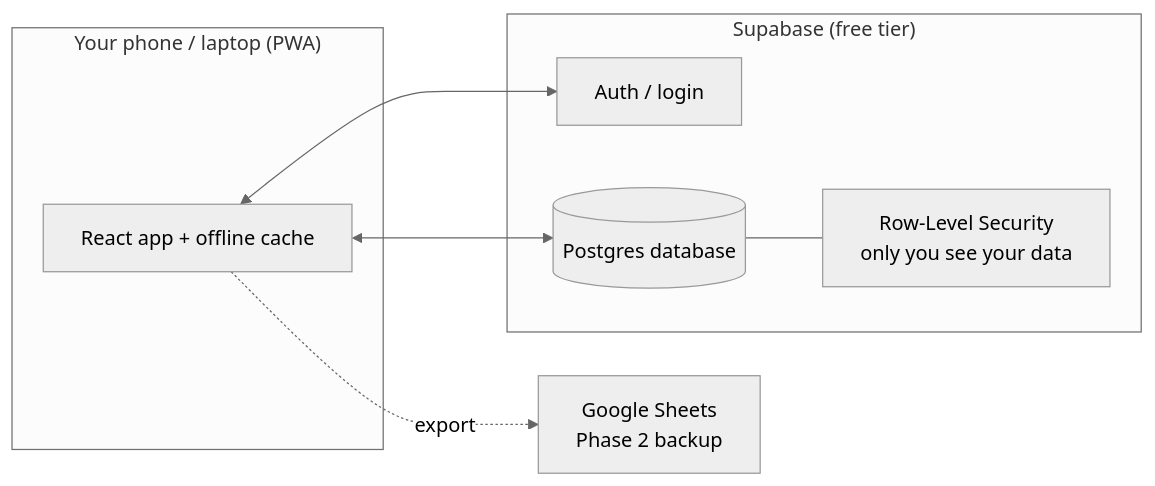
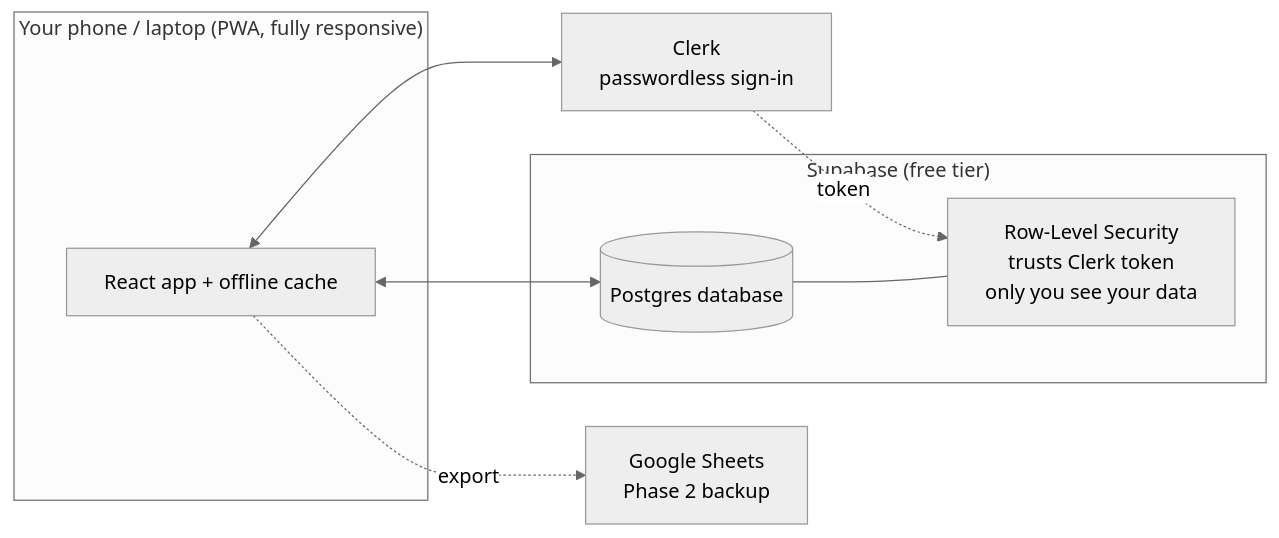
One commit to cleverNathalia/budget-buddy changed the second of 2 diagrams in PROJECT_PLAN.md. Above: the diagram before and after it, drawn with Mermaid (neutral theme). The commit also changed other lines of this file, not shown here.

First line of the commit message:
Update project plan: flatten model, add Clerk auth, accessibility focus

````diff
--- a/PROJECT_PLAN.md
+++ b/PROJECT_PLAN.md
@@ -130,17 +152,18 @@
 ```mermaid
 flowchart LR
-    subgraph Device["Your phone / laptop (PWA)"]
+    subgraph Device["Your phone / laptop (PWA, fully responsive)"]
         UI[React app + offline cache]
     end
+    Clerk[Clerk<br/>passwordless sign-in]
     subgraph Cloud["Supabase (free tier)"]
-        Auth[Auth / login]
         DB[(Postgres database)]
-        RLS[Row-Level Security<br/>only you see your data]
+        RLS[Row-Level Security<br/>trusts Clerk token<br/>only you see your data]
     end
     Sheets[Google Sheets<br/>Phase 2 backup]
 
-    UI <--> Auth
+    UI <--> Clerk
     UI <--> DB
+    Clerk -. token .-> RLS
     DB --- RLS
     UI -. export .-> Sheets
 ```
````
